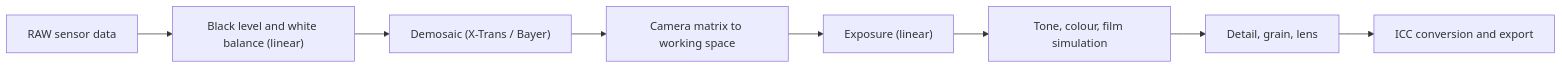
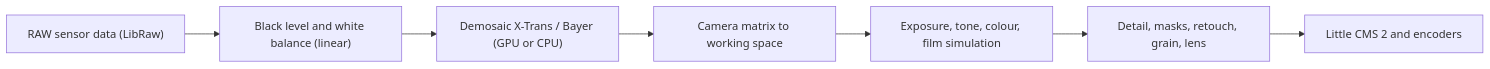
Before and after one commit to ozdil/omarchy-omastudio: the diagram in README.md, drawn with Mermaid. The commit also changed other lines of this file and 63 other files, not shown here.

````diff
--- a/README.md
+++ b/README.md
@@ -65,10 +70,9 @@
 ```mermaid
 flowchart LR
-    A["RAW sensor data"] --> B["Black level and white balance (linear)"]
-    B --> C["Demosaic (X-Trans / Bayer)"]
+    A["RAW sensor data (LibRaw)"] --> B["Black level and white balance (linear)"]
+    B --> C["Demosaic X-Trans / Bayer (GPU or CPU)"]
     C --> D["Camera matrix to working space"]
-    D --> E["Exposure (linear)"]
-    E --> F["Tone, colour, film simulation"]
-    F --> G["Detail, grain, lens"]
-    G --> H["ICC conversion and export"]
+    D --> E["Exposure, tone, colour, film simulation"]
+    E --> F["Detail, masks, retouch, grain, lens"]
+    F --> G["Little CMS 2 and encoders"]
 ```
````
